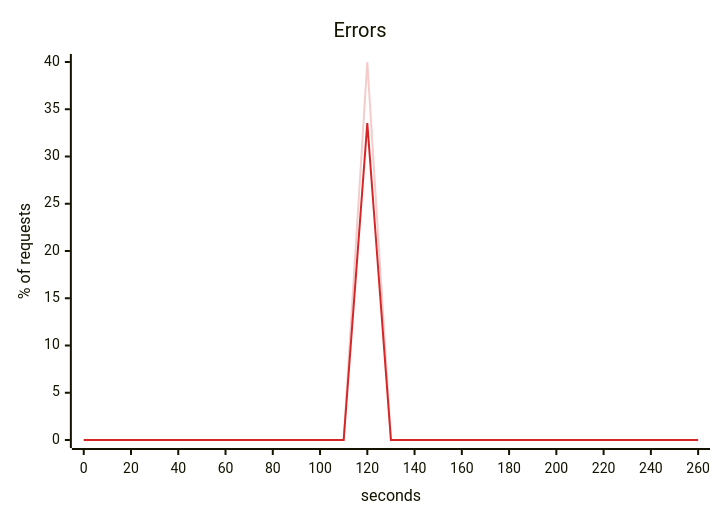
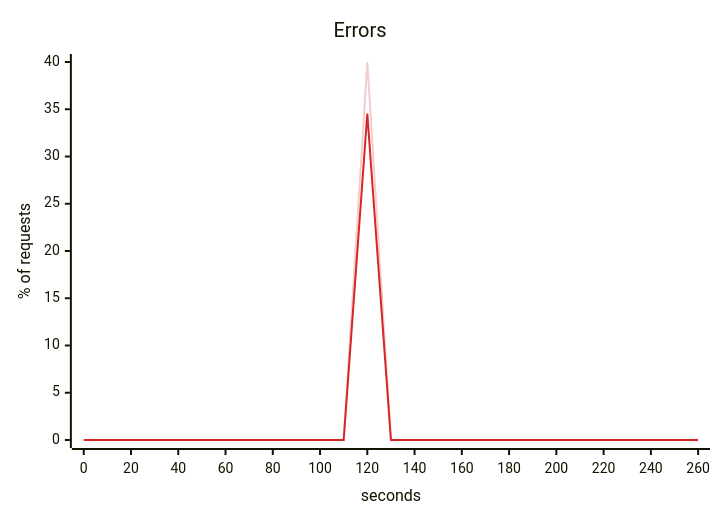
The fourth of 5 diagrams in scenarios/slow-dependency/solutions/circuit-breaker/report.md (akinfemi/load-lore), drawn with Mermaid before and after one commit. The commit also changed other lines of this file and 71 other files, not shown here.

````diff
--- a/scenarios/slow-dependency/solutions/circuit-breaker/report.md
+++ b/scenarios/slow-dependency/solutions/circuit-breaker/report.md
@@ -75,15 +75,15 @@
 ```mermaid
 ---
 config:
   themeVariables:
     xyChart:
       backgroundColor: "transparent"
       plotColorPalette: "#f4cccc, #d62728"
 ---
 xychart-beta
     title "Errors"
     x-axis "seconds" 0 --> 260
     y-axis "% of requests" 0 --> 40
     line [0, 0, 0, 0, 0, 0, 0, 0, 0, 0, 0, 0, 40, 0, 0, 0, 0, 0, 0, 0, 0, 0, 0, 0, 0, 0, 0]
-    line [0, 0, 0, 0, 0, 0, 0, 0, 0, 0, 0, 0, 33.535, 0, 0, 0, 0, 0, 0, 0, 0, 0, 0, 0, 0, 0, 0]
+    line [0, 0, 0, 0, 0, 0, 0, 0, 0, 0, 0, 0, 34.538, 0, 0, 0, 0, 0, 0, 0, 0, 0, 0, 0, 0, 0, 0]
 ```
````
